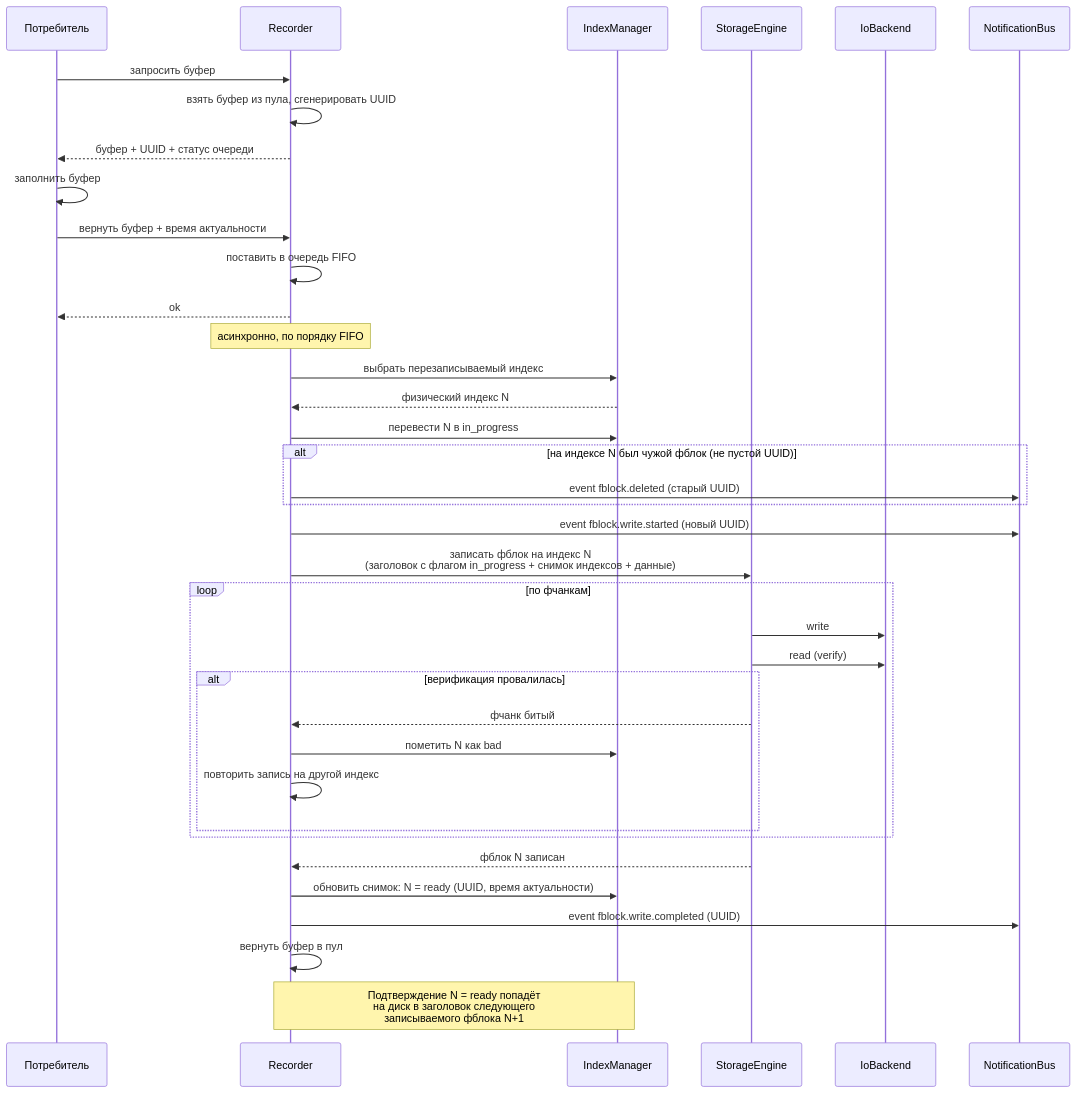
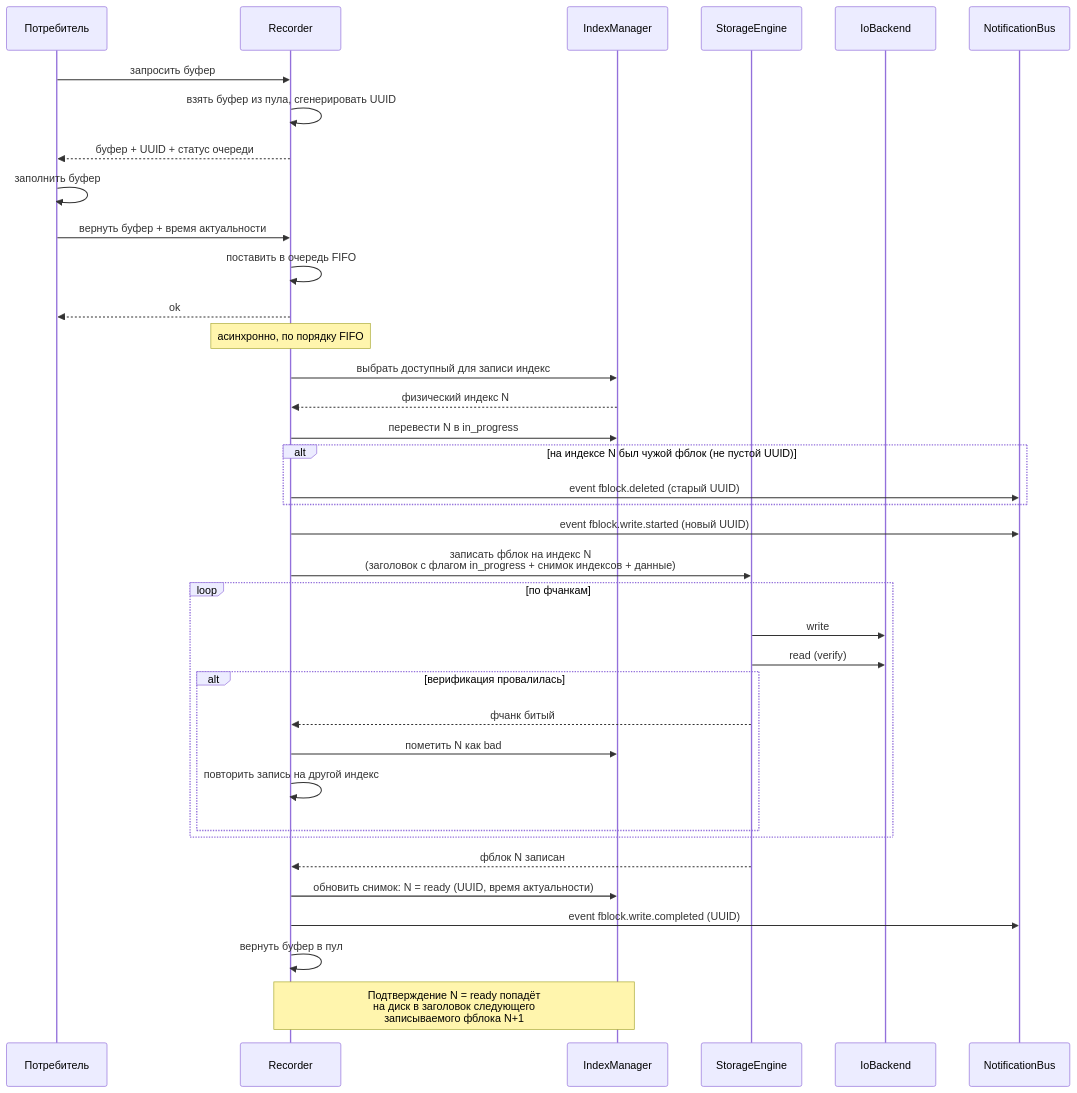
One commit to traycers/farc changed the fourth of 5 diagrams in docs/docs/archive/01-storage.md. Above: the diagram before and after it, drawn with Mermaid. The commit also changed other lines of this file and 3 other files, not shown here.

````diff
--- a/docs/docs/archive/01-storage.md
+++ b/docs/docs/archive/01-storage.md
@@ -293,47 +308,47 @@
 ```mermaid
 sequenceDiagram
     participant C as Потребитель
     participant R as Recorder
     participant IM as IndexManager
     participant SE as StorageEngine
     participant IO as IoBackend
     participant NB as NotificationBus
 
     C->>R: запросить буфер
     R->>R: взять буфер из пула, сгенерировать UUID
     R-->>C: буфер + UUID + статус очереди
 
     C->>C: заполнить буфер
     C->>R: вернуть буфер + время актуальности
     R->>R: поставить в очередь FIFO
     R-->>C: ok
 
     Note over R: асинхронно, по порядку FIFO
-    R->>IM: выбрать перезаписываемый индекс
+    R->>IM: выбрать доступный для записи индекс
     IM-->>R: физический индекс N
     R->>IM: перевести N в in_progress
 
     alt на индексе N был чужой фблок (не пустой UUID)
         R->>NB: event fblock.deleted (старый UUID)
     end
 
     R->>NB: event fblock.write.started (новый UUID)
     R->>SE: записать фблок на индекс N<br/>(заголовок с флагом in_progress + снимок индексов + данные)
 
     loop по фчанкам
         SE->>IO: write
         SE->>IO: read (verify)
         alt верификация провалилась
             SE-->>R: фчанк битый
             R->>IM: пометить N как bad
             R->>R: повторить запись на другой индекс
         end
     end
 
     SE-->>R: фблок N записан
     R->>IM: обновить снимок: N = ready (UUID, время актуальности)
     R->>NB: event fblock.write.completed (UUID)
     R->>R: вернуть буфер в пул
 
     Note over R,IM: Подтверждение N = ready попадёт<br/>на диск в заголовок следующего<br/>записываемого фблока N+1
 ```
````
